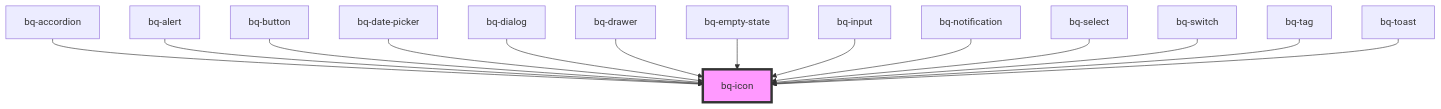
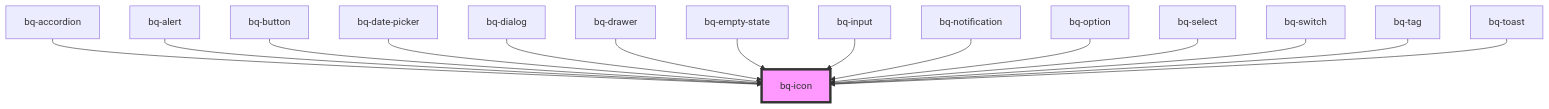
Before and after one commit to Endava/BEEQ: the diagram in packages/beeq/src/components/icon/readme.md, drawn with Mermaid. The commit also changed other lines of this file and 11 other files, not shown here.

````diff
--- a/packages/beeq/src/components/icon/readme.md
+++ b/packages/beeq/src/components/icon/readme.md
@@ -57,17 +58,18 @@
 ```mermaid
 graph TD;
   bq-accordion --> bq-icon
   bq-alert --> bq-icon
   bq-button --> bq-icon
   bq-date-picker --> bq-icon
   bq-dialog --> bq-icon
   bq-drawer --> bq-icon
   bq-empty-state --> bq-icon
   bq-input --> bq-icon
   bq-notification --> bq-icon
+  bq-option --> bq-icon
   bq-select --> bq-icon
   bq-switch --> bq-icon
   bq-tag --> bq-icon
   bq-toast --> bq-icon
   style bq-icon fill:#f9f,stroke:#333,stroke-width:4px
 ```
````
